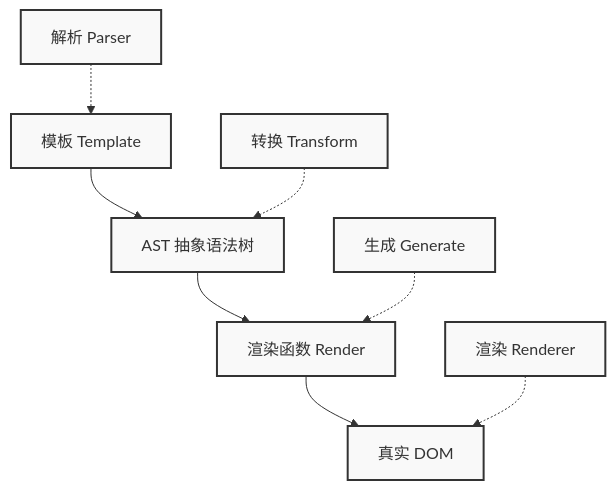
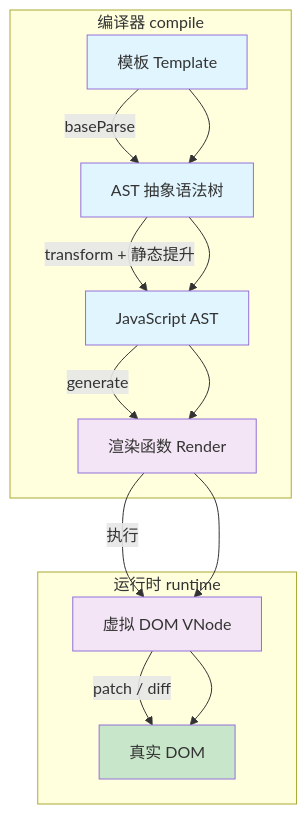
Before and after one commit to KMaybe01/common: the first of 12 diagrams in S2-框架深入/05-Vue3.0源码深度解析.md, drawn with Mermaid. The commit also changed other lines of this file and 11 other files, not shown here.

````diff
--- a/S2-框架深入/05-Vue3.0源码深度解析.md
+++ b/S2-框架深入/05-Vue3.0源码深度解析.md
@@ -30,14 +55,26 @@
 ```mermaid
 graph TD
-    Template[模板 Template] --> AST[AST 抽象语法树]
-    AST --> RenderFn[渲染函数 Render]
-    RenderFn --> DOM[真实 DOM]
+    Template["模板 Template"] -->|baseParse| AST["AST 抽象语法树"]
+    AST -->|transform + 静态提升| JSAST["JavaScript AST"]
+    JSAST -->|generate| RenderFn["渲染函数 Render"]
+    RenderFn -->|执行| VNode["虚拟 DOM VNode"]
+    VNode -->|patch / diff| DOM["真实 DOM"]
 
-    Parser[解析 Parser] -.-> Template
-    Transform[转换 Transform] -.-> AST
-    Generate[生成 Generate] -.-> RenderFn
-    Renderer[渲染 Renderer] -.-> DOM
+    subgraph "编译器 compile"
+        Template --> AST
+        AST --> JSAST
+        JSAST --> RenderFn
+    end
 
-    classDef default fill:#f9f9f9,stroke:#333,stroke-width:2px;
-    class Template,AST,RenderFn,DOM default;
+    subgraph "运行时 runtime"
+        RenderFn --> VNode
+        VNode --> DOM
+    end
+
+    style Template fill:#e1f5fe
+    style AST fill:#e1f5fe
+    style JSAST fill:#e1f5fe
+    style RenderFn fill:#f3e5f5
+    style VNode fill:#f3e5f5
+    style DOM fill:#c8e6c9
 ```
````
